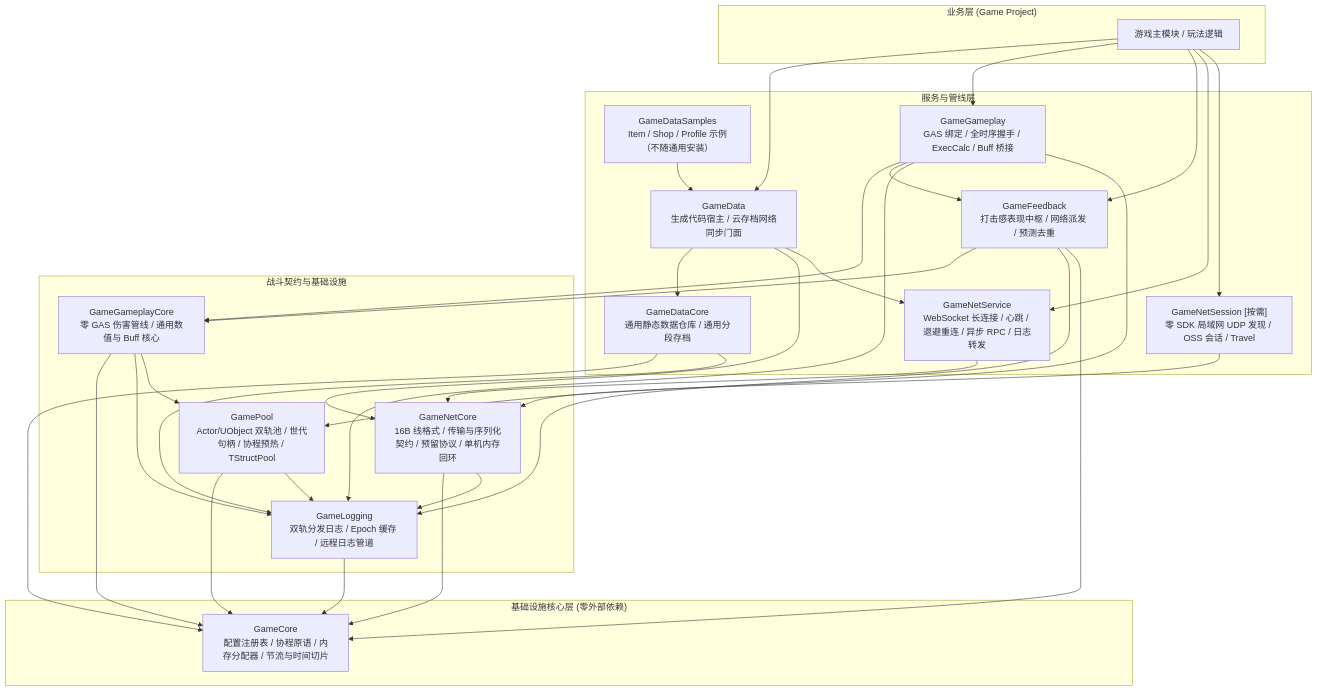
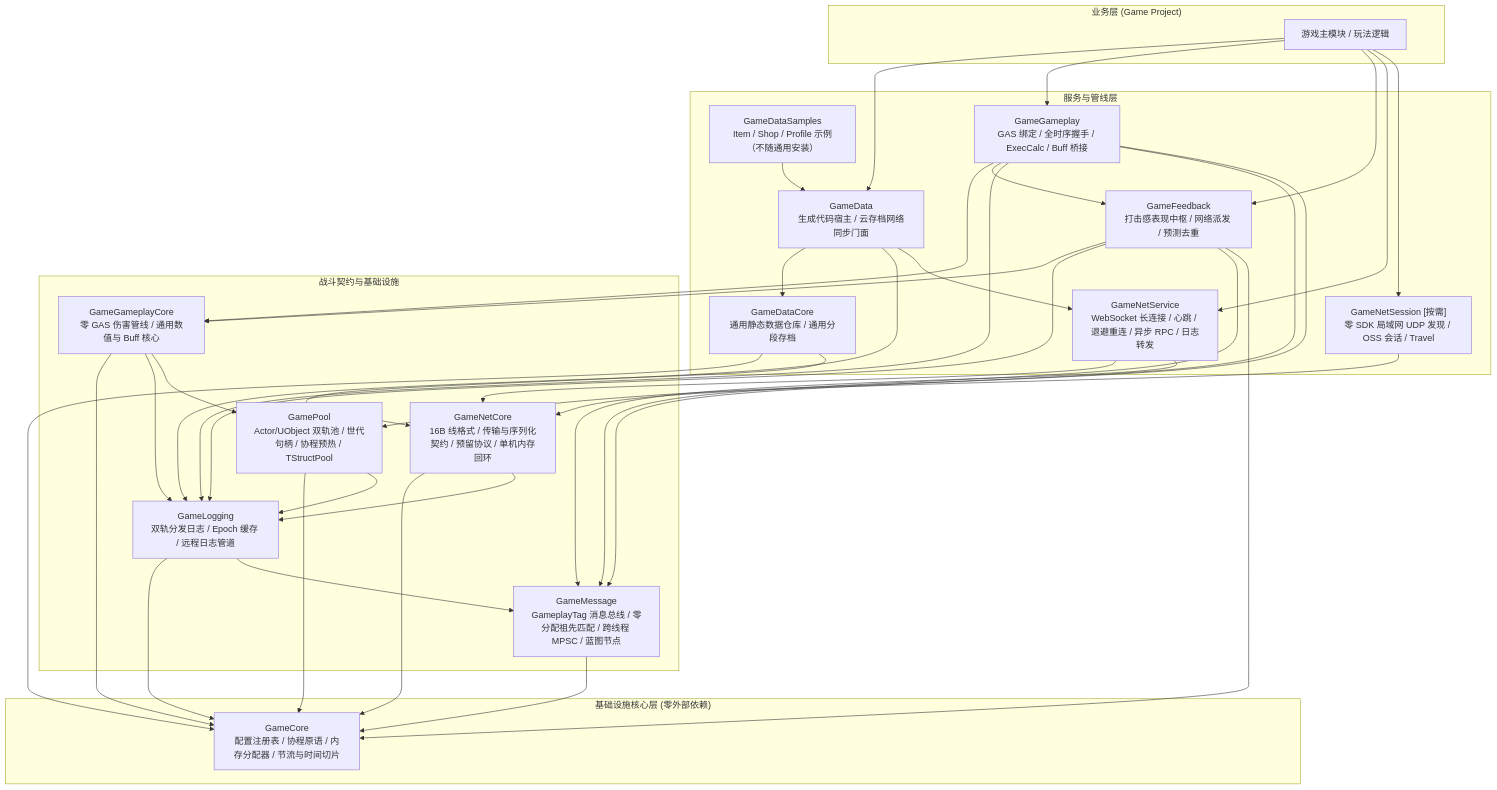
Before and after one commit to YIice-cwj/ue5-toolkit: the diagram in README.md, drawn with Mermaid. The commit also changed other lines of this file and 3 other files, not shown here.

First line of the commit message:
docs(architecture): 对齐 GameMessage 架构层级、依赖矩阵与跨插件文档引用

````diff
--- a/README.md
+++ b/README.md
@@ -20,56 +20,62 @@
 ```mermaid
 graph TD
     subgraph Layer3["业务层 (Game Project)"]
         MyGame["游戏主模块 / 玩法逻辑"]
     end
 
     subgraph Layer2["服务与管线层"]
         GameDataCore["GameDataCore<br>通用静态数据仓库 / 通用分段存档"]
         GameData["GameData<br>生成代码宿主 / 云存档网络同步门面"]
         GameDataSamples["GameDataSamples<br>Item / Shop / Profile 示例（不随通用安装）"]
         GameGameplay["GameGameplay<br>GAS 绑定 / 全时序握手 / ExecCalc / Buff 桥接"]
         GameFeedback["GameFeedback<br>打击感表现中枢 / 网络派发 / 预测去重"]
         GameNetService["GameNetService<br>WebSocket 长连接 / 心跳 / 退避重连 / 异步 RPC / 日志转发"]
         GameNetSession["GameNetSession [按需]<br>零 SDK 局域网 UDP 发现 / OSS 会话 / Travel"]
     end
 
     subgraph Layer1["战斗契约与基础设施"]
         GameGameplayCore["GameGameplayCore<br>零 GAS 伤害管线 / 通用数值与 Buff 核心"]
         GameNetCore["GameNetCore<br>16B 线格式 / 传输与序列化契约 / 预留协议 / 单机内存回环"]
         GamePool["GamePool<br>Actor/UObject 双轨池 / 世代句柄 / 协程预热 / TStructPool"]
         GameLogging["GameLogging<br>双轨分发日志 / Epoch 缓存 / 远程日志管道"]
+        GameMessage["GameMessage<br>GameplayTag 消息总线 / 零分配祖先匹配 / 跨线程 MPSC / 蓝图节点"]
     end
 
     subgraph Layer0["基础设施核心层 (零外部依赖)"]
         GameCore["GameCore<br>配置注册表 / 协程原语 / 内存分配器 / 节流与时间切片"]
     end
 
     MyGame --> GameData
     MyGame --> GameGameplay
     MyGame --> GameFeedback
     MyGame --> GameNetService
     MyGame --> GameNetSession
     GameDataSamples --> GameData
     GameData --> GameDataCore
     GameData --> GameNetCore
     GameData --> GameNetService
     GameGameplay --> GameGameplayCore
     GameGameplay --> GameFeedback
     GameGameplay --> GameLogging
+    GameGameplay --> GameMessage
     GameGameplay --> GamePool
     GameFeedback --> GameGameplayCore
     GameFeedback --> GameLogging
+    GameFeedback --> GameMessage
     GameFeedback --> GameCore
     GameNetService --> GameNetCore
+    GameNetService --> GameMessage
     GameNetSession --> GameNetCore
     GameNetCore --> GameCore
     GameNetCore --> GameLogging
     GameGameplayCore --> GameCore
     GameGameplayCore --> GameLogging
     GameGameplayCore --> GamePool
     GamePool --> GameCore
     GamePool --> GameLogging
     GameDataCore --> GameCore
     GameDataCore --> GameLogging
     GameLogging --> GameCore
+    GameLogging --> GameMessage
+    GameMessage --> GameCore
 ```
````
